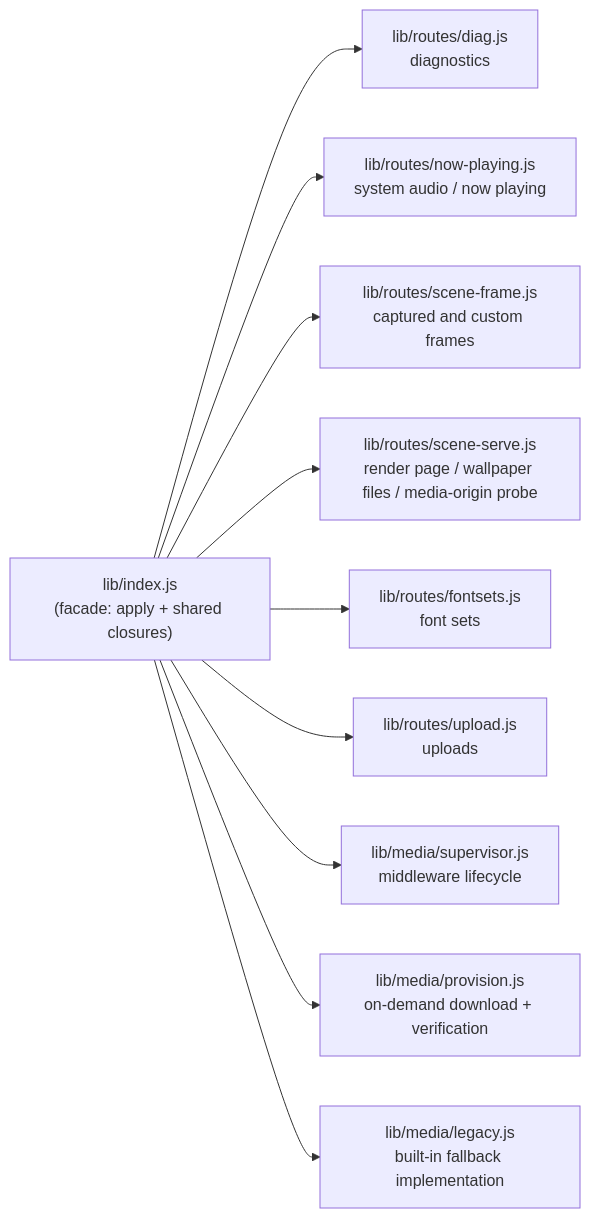
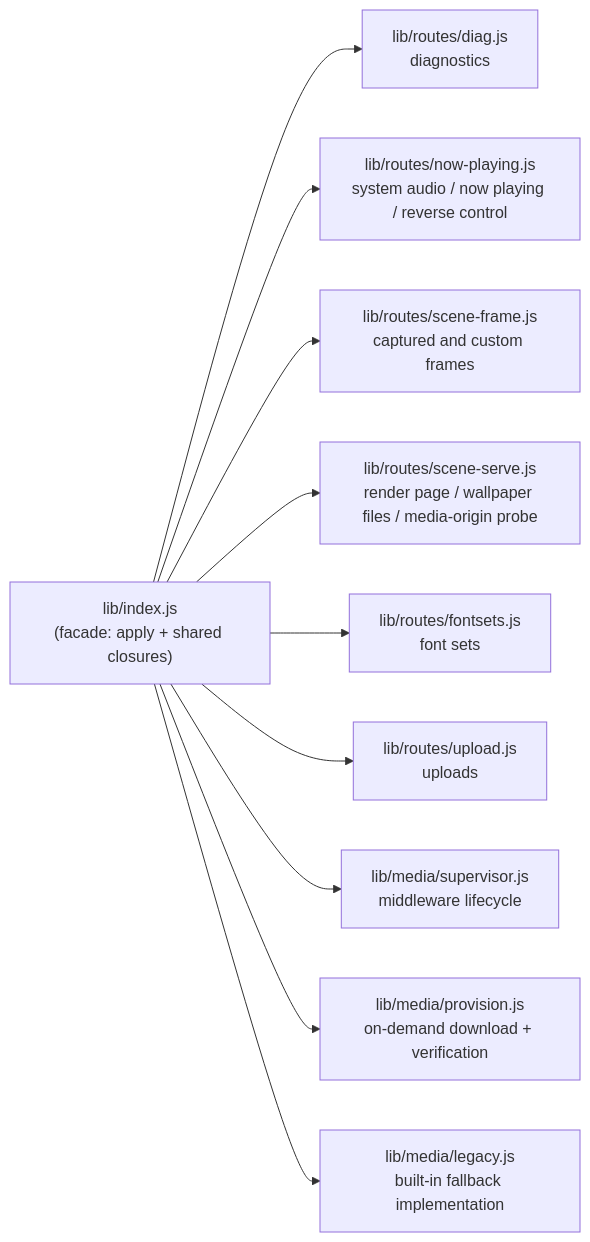
One commit to YV3507/dsh-wallpaper-engine changed the second of 5 diagrams in docs/en/CODE-STRUCTURE.md. Above: the diagram before and after it, drawn with Mermaid. The commit also changed 47 other files, not shown here.

````diff
--- a/docs/en/CODE-STRUCTURE.md
+++ b/docs/en/CODE-STRUCTURE.md
@@ -121,13 +121,13 @@
 ```mermaid
 graph LR
     IDX["lib/index.js<br/>(facade: apply + shared closures)"]
     IDX --> R1["lib/routes/diag.js<br/>diagnostics"]
-    IDX --> R2["lib/routes/now-playing.js<br/>system audio / now playing"]
+    IDX --> R2["lib/routes/now-playing.js<br/>system audio / now playing / reverse control"]
     IDX --> R3["lib/routes/scene-frame.js<br/>captured and custom frames"]
     IDX --> R4["lib/routes/scene-serve.js<br/>render page / wallpaper files / media-origin probe"]
     IDX --> R5["lib/routes/fontsets.js<br/>font sets"]
     IDX --> R6["lib/routes/upload.js<br/>uploads"]
     IDX --> M1["lib/media/supervisor.js<br/>middleware lifecycle"]
     IDX --> M2["lib/media/provision.js<br/>on-demand download + verification"]
     IDX --> M3["lib/media/legacy.js<br/>built-in fallback implementation"]
 ```
````
